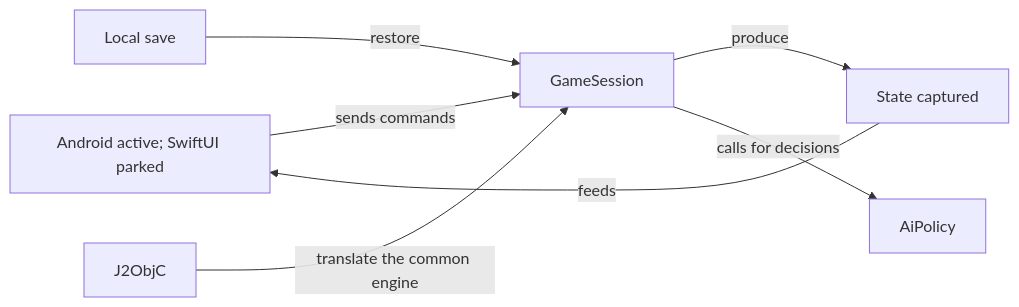
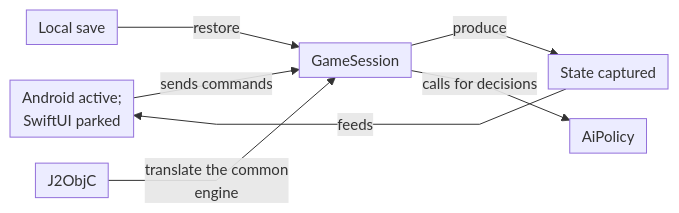
One commit to crististefanita/whist changed the diagram in whist-lab-app/README.md. Above: the diagram before and after it, drawn with Mermaid. The commit also changed other lines of this file and 38 other files, not shown here.

````diff
--- a/whist-lab-app/README.md
+++ b/whist-lab-app/README.md
@@ -42,9 +42,10 @@
 ```mermaid
+%%{init: {"themeVariables":{"fontSize":"15px"},"themeCSS":".edgeLabel, .edgeLabel p { font-size: 12px !important; } .node rect { rx: 6px; ry: 6px; }","flowchart":{"curve":"linear","nodeSpacing":24,"rankSpacing":22,"padding":6},"sequence":{"mirrorActors":false,"messageMargin":24,"wrap":true}}}%%
 flowchart LR
-UI[Android active; SwiftUI parked] -->|sends commands| SESSION[GameSession]
-SESSION -->|produce| VIEW[State captured]
+UI["Android active;<br/>SwiftUI parked"] -->|sends commands| SESSION["GameSession"]
+SESSION -->|produce| VIEW["State captured"]
 VIEW -->|feeds| UI
-SESSION -->|calls for decisions| AI[AiPolicy]
-STORE[Local save] -->|restore| SESSION
-IOS[J2ObjC] -->|translate the common engine| SESSION
+SESSION -->|calls for decisions| AI["AiPolicy"]
+STORE["Local save"] -->|restore| SESSION
+IOS["J2ObjC"] -->|translate the common<br/>engine| SESSION
 ```
````
